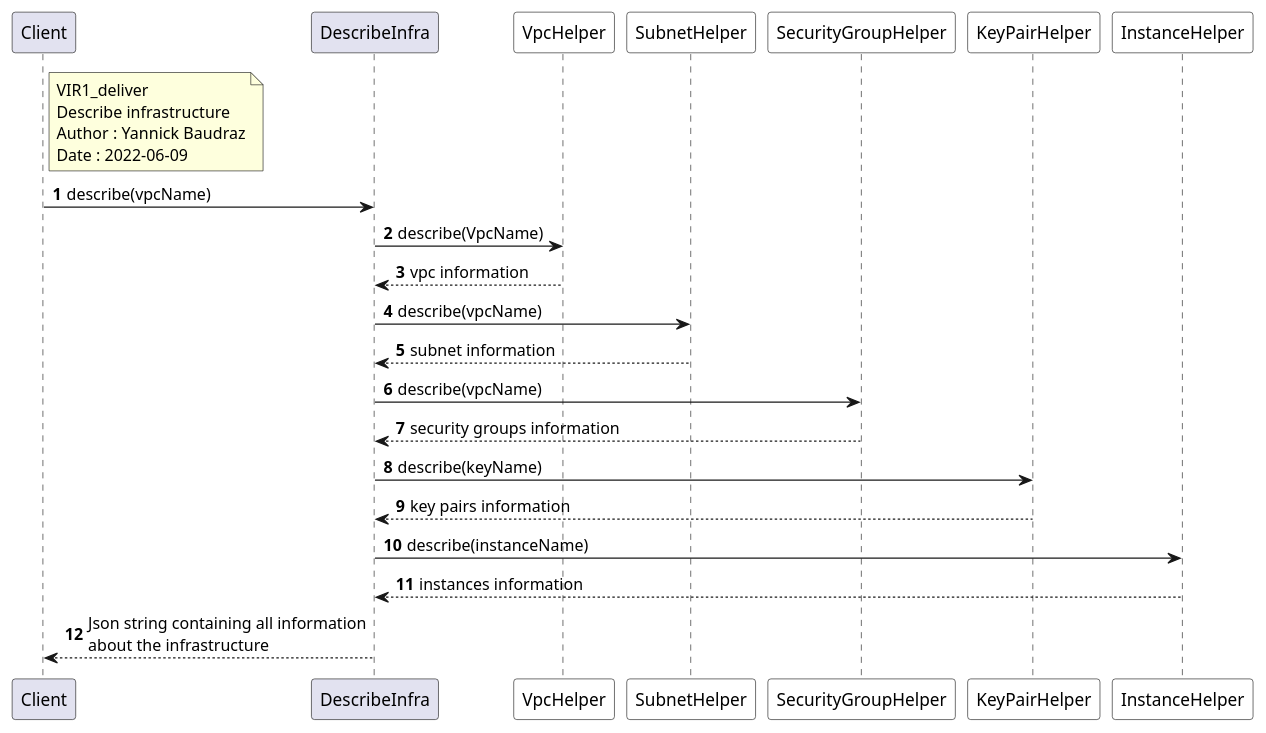
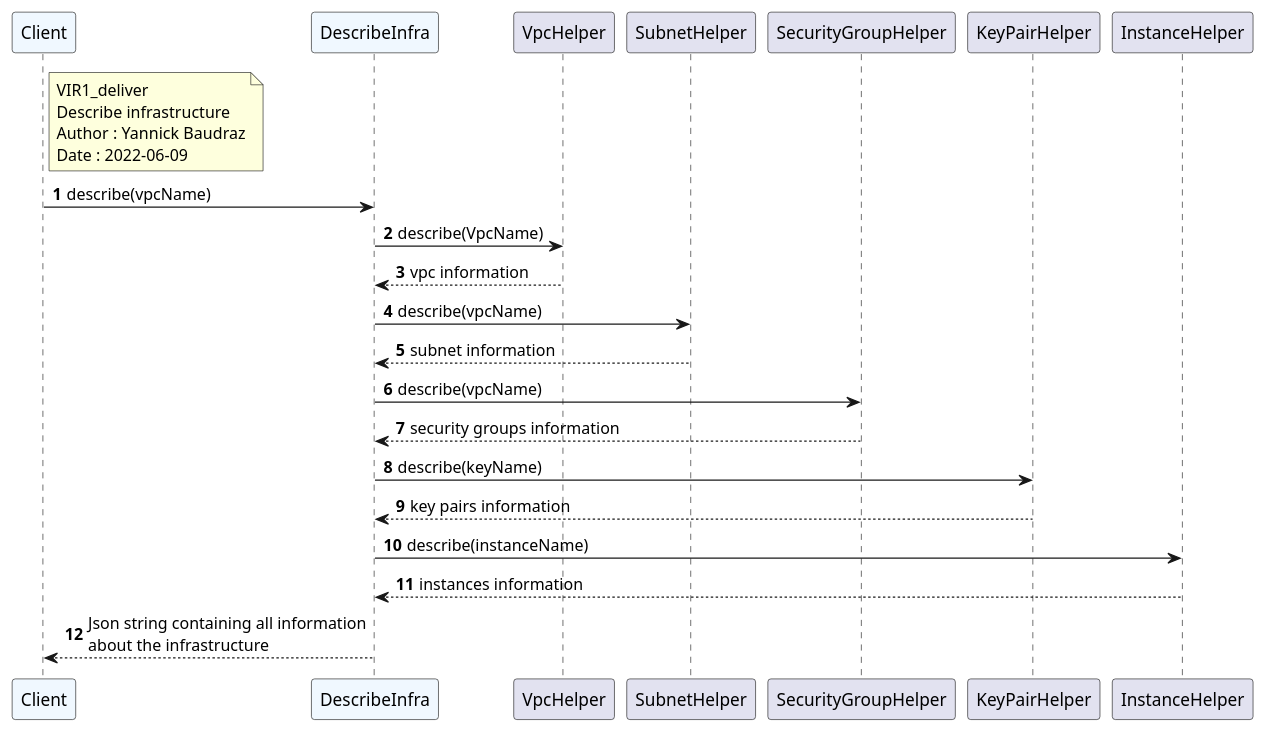
One commit to NicolasGlassey/VIR1-Deliver changed the diagram in docs/sequences/describe-infra.puml. Above: the diagram before and after it, drawn with PlantUML. The commit also changed 1 other file, not shown here.

Commit message:
Update class diagram

```diff
--- a/docs/sequences/describe-infra.puml
+++ b/docs/sequences/describe-infra.puml
@@ -1,40 +1,40 @@
 @startuml Describe infrastructure
 'https://plantuml.com/sequence-diagram
 
 autonumber
 
-participant Client
-participant DescribeInfra as Infra
-participant VpcHelper as Vpc #white
-participant SubnetHelper as Subnet #white
-participant SecurityGroupHelper as SecurityGroup #white
-participant KeyPairHelper as KeyPair #white
-participant InstanceHelper as Instance #white
+participant Client #aliceblue
+participant DescribeInfra as Infra #aliceblue
+participant VpcHelper as Vpc
+participant SubnetHelper as Subnet
+participant SecurityGroupHelper as SecurityGroup
+participant KeyPairHelper as KeyPair
+participant InstanceHelper as Instance
 
 note right Client
 VIR1_deliver
 Describe infrastructure
 Author : Yannick Baudraz
 Date : 2022-06-09
 end note
 
 Client -> Infra: describe(vpcName)
 
 Infra -> Vpc : describe(VpcName)
 Vpc --> Infra : vpc information
 
 Infra -> Subnet : describe(vpcName)
 Subnet --> Infra : subnet information
 
 Infra -> SecurityGroup : describe(vpcName)
 SecurityGroup --> Infra : security groups information
 
 Infra -> KeyPair : describe(keyName)
 KeyPair --> Infra : key pairs information
 
 Infra -> Instance : describe(instanceName)
 Instance --> Infra : instances information
 
 Infra --> Client : Json string containing all information\nabout the infrastructure
 
 @enduml
```
